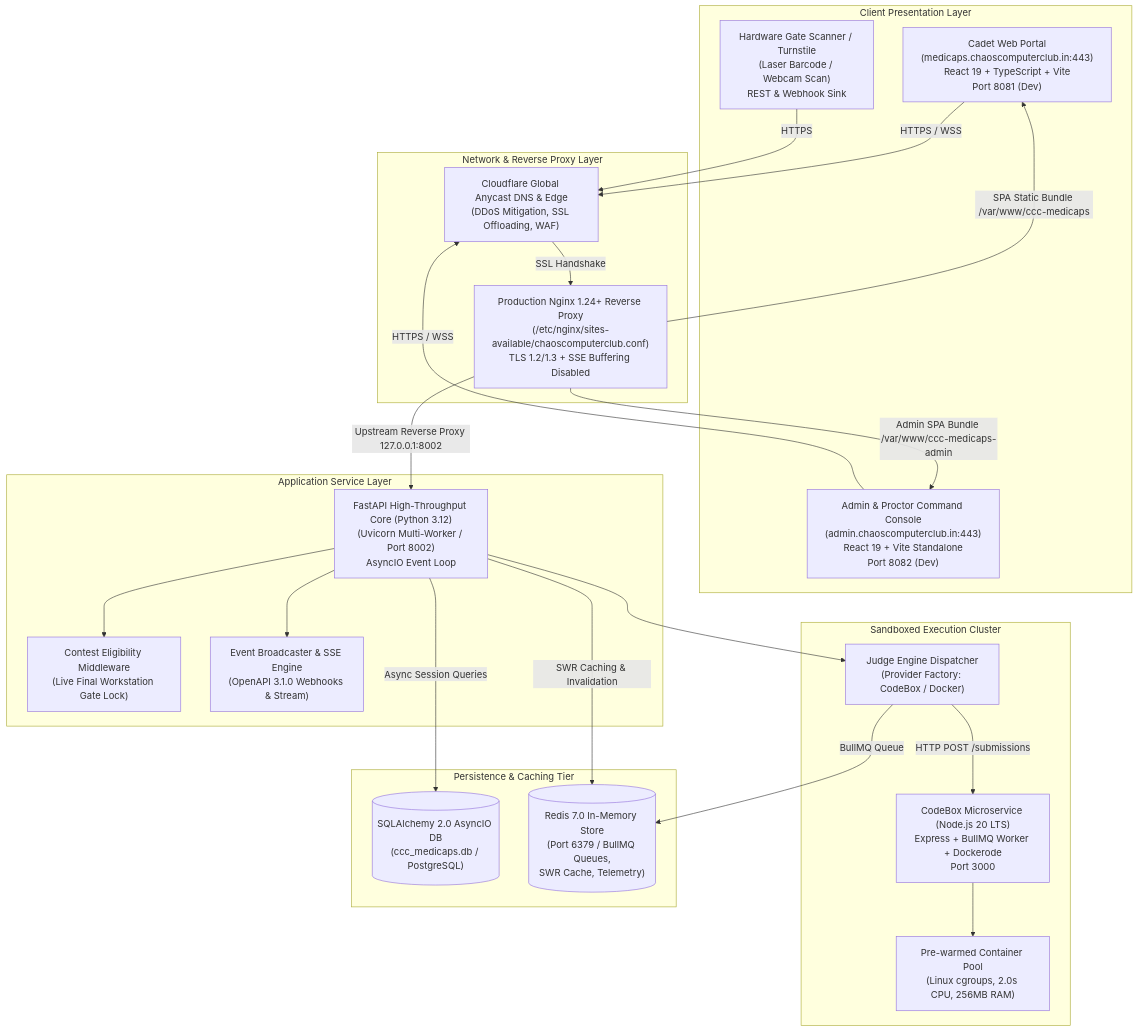
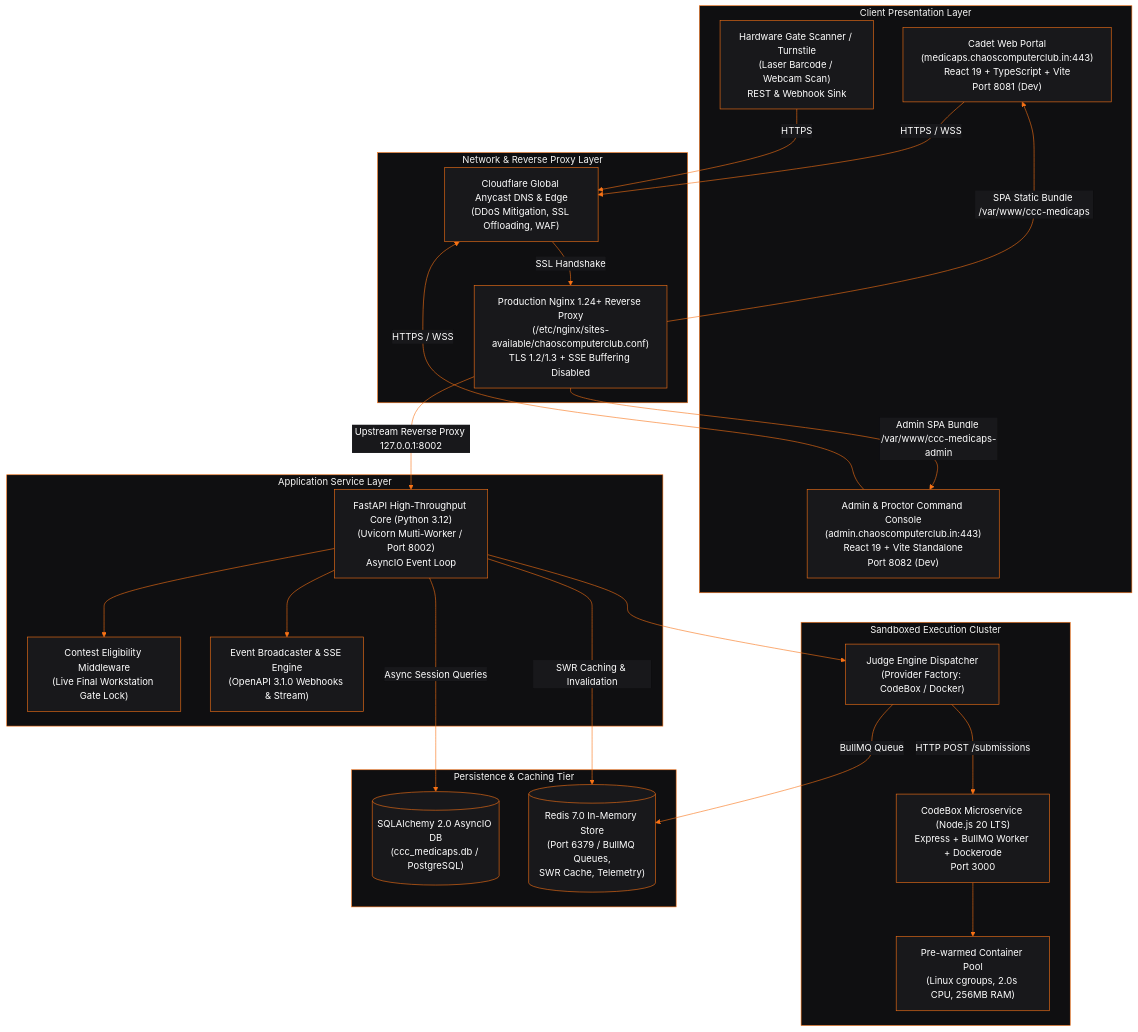
Before and after one commit to chaoscomputerclub/medicaps.chaoscomputerclub.in: the first of 6 diagrams in TRD.md, drawn with Mermaid. The commit also changed other lines of this file and 7 other files, not shown here.

Commit message:
Update README.md and TRD.md with high-contrast themed Architecture and Request Flow diagrams

````diff
--- a/TRD.md
+++ b/TRD.md
@@ -20,50 +20,64 @@
 ```mermaid
+%%{init: {
+  'theme': 'base',
+  'themeVariables': {
+    'primaryColor': '#18181b',
+    'primaryTextColor': '#ffffff',
+    'primaryBorderColor': '#f97316',
+    'lineColor': '#f97316',
+    'secondaryColor': '#27272a',
+    'tertiaryColor': '#09090b',
+    'edgeLabelBackground': '#18181b',
+    'clusterBkg': '#0f0f11',
+    'clusterBorder': '#f97316'
+  }
+}}%%
 flowchart TB
     subgraph Client_Tier [Client Presentation Layer]
         CadetPortal["Cadet Web Portal\n(medicaps.chaoscomputerclub.in:443)\nReact 19 + TypeScript + Vite\nPort 8081 (Dev)"]
         AdminConsole["Admin & Proctor Command Console\n(admin.chaoscomputerclub.in:443)\nReact 19 + Vite Standalone\nPort 8082 (Dev)"]
         IoTScanner["Hardware Gate Scanner / Turnstile\n(Laser Barcode / Webcam Scan)\nREST & Webhook Sink"]
     end
 
     subgraph Edge_Tier [Network & Reverse Proxy Layer]
         Cloudflare["Cloudflare Global Anycast DNS & Edge\n(DDoS Mitigation, SSL Offloading, WAF)"]
         Nginx["Production Nginx 1.24+ Reverse Proxy\n(/etc/nginx/sites-available/chaoscomputerclub.conf)\nTLS 1.2/1.3 + SSE Buffering Disabled"]
     end
 
     subgraph App_Tier [Application Service Layer]
         FastAPI["FastAPI High-Throughput Core (Python 3.12)\n(Uvicorn Multi-Worker / Port 8002)\nAsyncIO Event Loop"]
         EligibilityMW["Contest Eligibility Middleware\n(Live Final Workstation Gate Lock)"]
         EventBroadcaster["Event Broadcaster & SSE Engine\n(OpenAPI 3.1.0 Webhooks & Stream)"]
     end
 
     subgraph Judge_Tier [Sandboxed Execution Cluster]
         JudgeDispatch["Judge Engine Dispatcher\n(Provider Factory: CodeBox / Docker)"]
         CodeBoxWorker["CodeBox Microservice (Node.js 20 LTS)\nExpress + BullMQ Worker + Dockerode\nPort 3000"]
         ContainerPool["Pre-warmed Container Pool\n(Linux cgroups, 2.0s CPU, 256MB RAM)"]
     end
 
     subgraph Data_Tier [Persistence & Caching Tier]
         SQLite_DB[("SQLAlchemy 2.0 AsyncIO DB\n(ccc_medicaps.db / PostgreSQL)")]
         Redis_Store[("Redis 7.0 In-Memory Store\n(Port 6379 / BullMQ Queues,\nSWR Cache, Telemetry)")]
     end
 
     CadetPortal -->|HTTPS / WSS| Cloudflare
     AdminConsole -->|HTTPS / WSS| Cloudflare
     IoTScanner -->|HTTPS| Cloudflare
 
     Cloudflare -->|SSL Handshake| Nginx
     Nginx -->|SPA Static Bundle /var/www/ccc-medicaps| CadetPortal
     Nginx -->|Admin SPA Bundle /var/www/ccc-medicaps-admin| AdminConsole
     Nginx -->|Upstream Reverse Proxy 127.0.0.1:8002| FastAPI
 
     FastAPI --> EligibilityMW
     FastAPI --> EventBroadcaster
     FastAPI --> JudgeDispatch
 
     JudgeDispatch -->|BullMQ Queue| Redis_Store
     JudgeDispatch -->|HTTP POST /submissions| CodeBoxWorker
     CodeBoxWorker --> ContainerPool
 
     FastAPI -->|Async Session Queries| SQLite_DB
     FastAPI -->|SWR Caching & Invalidation| Redis_Store
 ```
````
